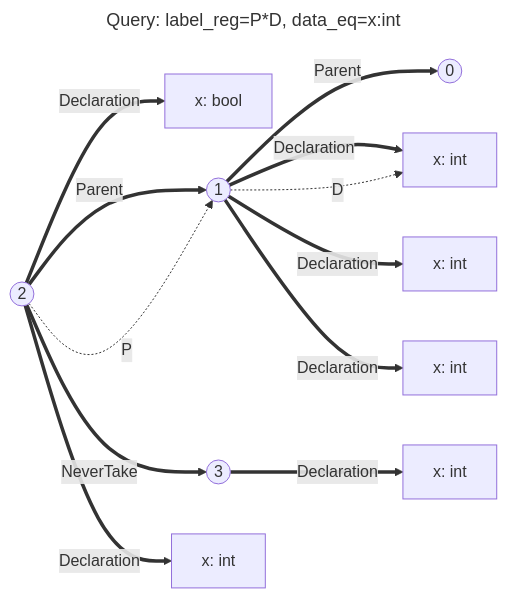
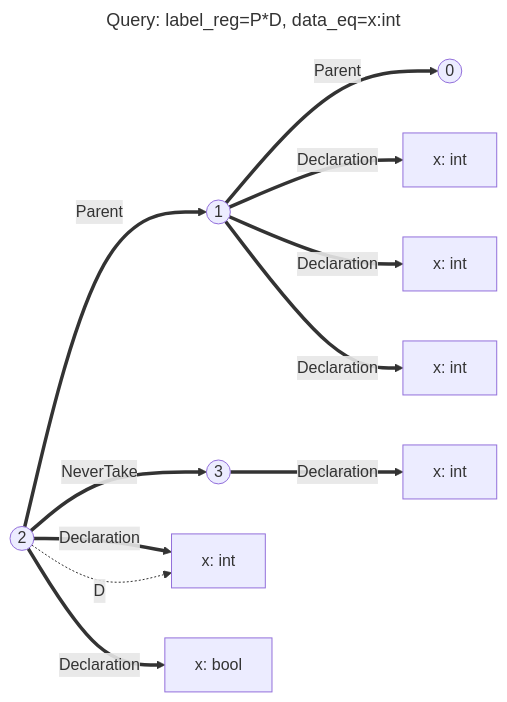
Before and after one commit to Achtuur/scope-graph: the diagram in output.mmd, drawn with Mermaid. The commit also changed 4 other files, not shown here.

```diff
--- a/output.mmd
+++ b/output.mmd
@@ -1,36 +1,35 @@
 ---
 title: "Query: label_reg=P*D, data_eq=x:int"
 ---
 flowchart LR
+	scope_2(("2"))
+	scope_9(("9"))
 	scope_0(("0"))
 	scope_4(("4"))
-	scope_2(("2"))
-	scope_8(("8"))
+	scope_1(("1"))
 	scope_3(("3"))
-	scope_1(("1"))
-	scope_9(("9"))
 	scope_7(("7"))
 	scope_5(("5"))
+	scope_8(("8"))
 	scope_6(("6"))
+	scope_2(("2"))
+	scope_9["x: int"]
 	scope_0(("0"))
 	scope_4["x: int"]
-	scope_2(("2"))
-	scope_8["x: bool"]
+	scope_1(("1"))
 	scope_3(("3"))
-	scope_1(("1"))
-	scope_9["x: int"]
 	scope_7["x: int"]
 	scope_5["x: int"]
+	scope_8["x: bool"]
 	scope_6["x: int"]
 scope_2 ==>|"Parent"| scope_1
 scope_2 ==>|"NeverTake"| scope_3
 scope_2 ==>|"Declaration"| scope_7
 scope_2 ==>|"Declaration"| scope_8
-scope_3 ==>|"Declaration"| scope_9
 scope_1 ==>|"Parent"| scope_0
 scope_1 ==>|"Declaration"| scope_4
 scope_1 ==>|"Declaration"| scope_5
 scope_1 ==>|"Declaration"| scope_6
+scope_3 ==>|"Declaration"| scope_9
 
-scope_1 -.D.-> scope_4
-scope_2 -.P.-> scope_1
+scope_2 -.D.-> scope_7
```
